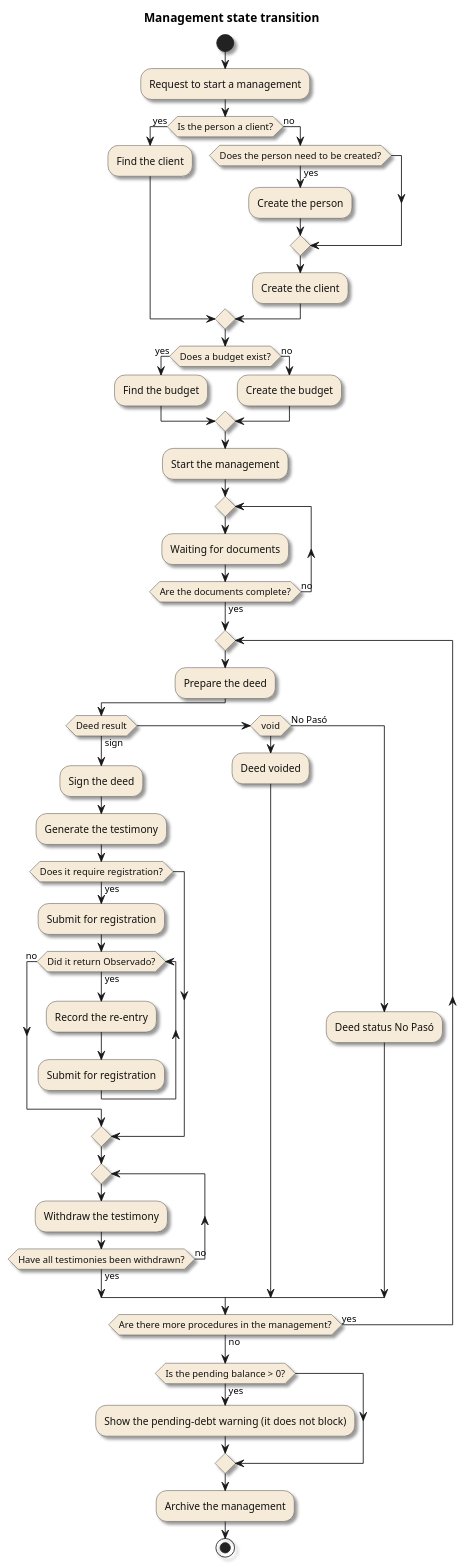
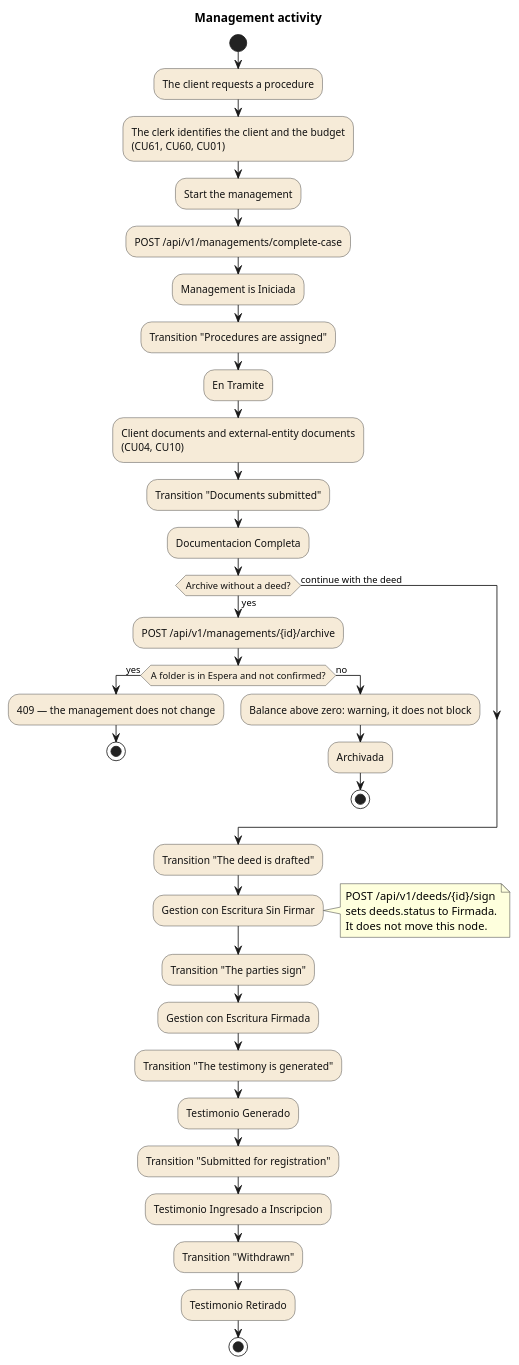
Before and after one commit to matiaspakua/notaire: the diagram in docs/200-architecture/204-diagrams/Diagrama de Estados/transicion-de-estados.puml, drawn with PlantUML. The commit also changed other lines of this file and 27 other files, not shown here.

First line of the commit message:
docs(gestion): case-process assessment and documentation traceability (#1503)

```diff
--- a/docs/200-architecture/204-diagrams/Diagrama de Estados/transicion-de-estados.puml
+++ b/docs/200-architecture/204-diagrams/Diagrama de Estados/transicion-de-estados.puml
@@ -1,72 +5,63 @@
 @startuml
-title Management state transition
+title Management activity
 
-skinparam shadowing true
+skinparam shadowing false
 skinparam defaultFontName Arial
 skinparam activity {
   BackgroundColor #F6EBD8
   BorderColor #333333
   FontColor #111111
   DiamondBackgroundColor #F6EBD8
   DiamondBorderColor #333333
 }
 
 start
 
-:Request to start a management;
+:The client requests a procedure;
+:The clerk identifies the client and the budget\n(CU61, CU60, CU01);
+:Start the management;
+:POST /api/v1/managements/complete-case;
+:Management is Iniciada;
 
-if (Is the person a client?) then (yes)
-  :Find the client;
-else (no)
-  if (Does the person need to be created?) then (yes)
-    :Create the person;
+:Transition "Procedures are assigned";
+:En Tramite;
+
+:Client documents and external-entity documents\n(CU04, CU10);
+:Transition "Documents submitted";
+:Documentacion Completa;
+
+if (Archive without a deed?) then (yes)
+  :POST /api/v1/managements/{id}/archive;
+  if (A folder is in Espera and not confirmed?) then (yes)
+    :409 — the management does not change;
+    stop
+  else (no)
+    :Balance above zero: warning, it does not block;
+    :Archivada;
+    stop
   endif
-  :Create the client;
+else (continue with the deed)
 endif
 
-if (Does a budget exist?) then (yes)
-  :Find the budget;
-else (no)
-  :Create the budget;
-endif
+:Transition "The deed is drafted";
+:Gestion con Escritura Sin Firmar;
 
-:Start the management;
+note right
+  POST /api/v1/deeds/{id}/sign
+  sets deeds.status to Firmada.
+  It does not move this node.
+end note
 
-repeat
-  :Waiting for documents;
-repeat while (Are the documents complete?) is (no) not (yes)
+:Transition "The parties sign";
+:Gestion con Escritura Firmada;
 
-repeat
-  :Prepare the deed;
+:Transition "The testimony is generated";
+:Testimonio Generado;
 
-  if (Deed result) then (sign)
-    :Sign the deed;
-    :Generate the testimony;
+:Transition "Submitted for registration";
+:Testimonio Ingresado a Inscripcion;
 
-    if (Does it require registration?) then (yes)
-      :Submit for registration;
-
-      while (Did it return Observado?) is (yes)
-        :Record the re-entry;
-        :Submit for registration;
-      endwhile (no)
-    endif
-
-    repeat
-      :Withdraw the testimony;
-    repeat while (Have all testimonies been withdrawn?) is (no) not (yes)
-  elseif (void)
-    :Deed voided;
-  else (No Pasó)
-    :Deed status No Pasó;
-  endif
-
-repeat while (Are there more procedures in the management?) is (yes) not (no)
-
-if (Is the pending balance > 0?) then (yes)
-  :Show the pending-debt warning (it does not block);
-endif
-
-:Archive the management;
+:Transition "Withdrawn";
+:Testimonio Retirado;
 stop
 @enduml
```
